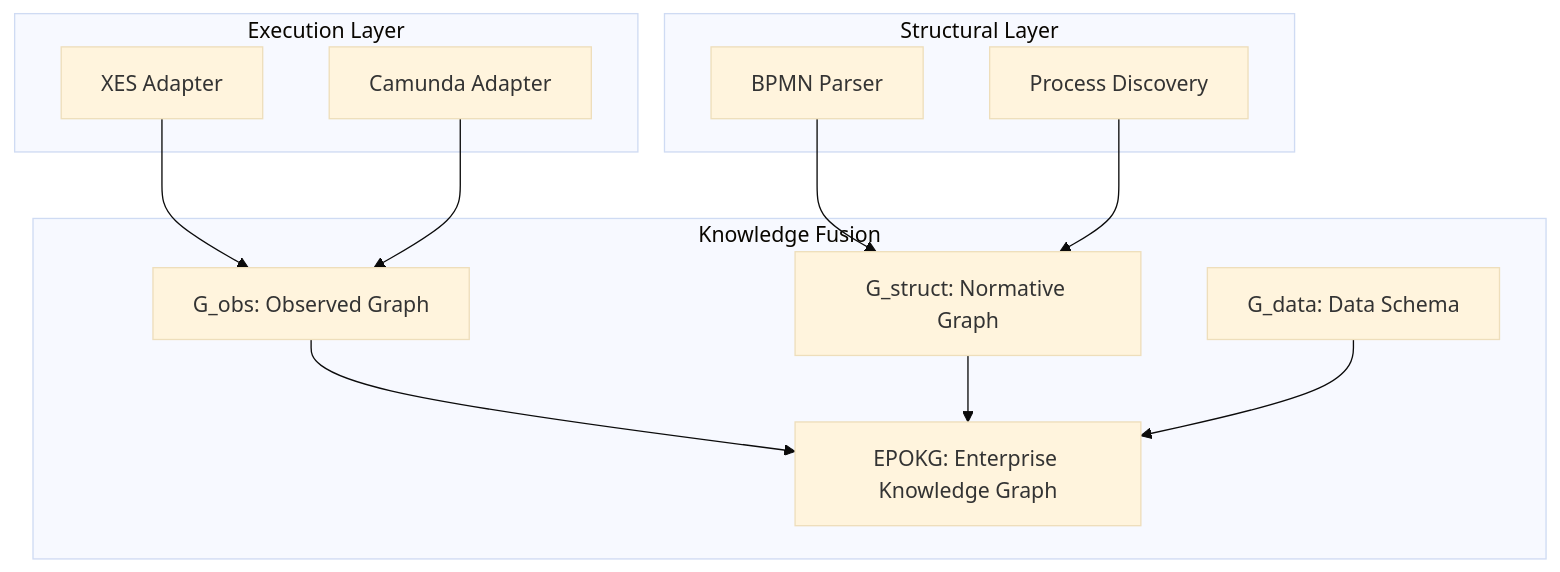
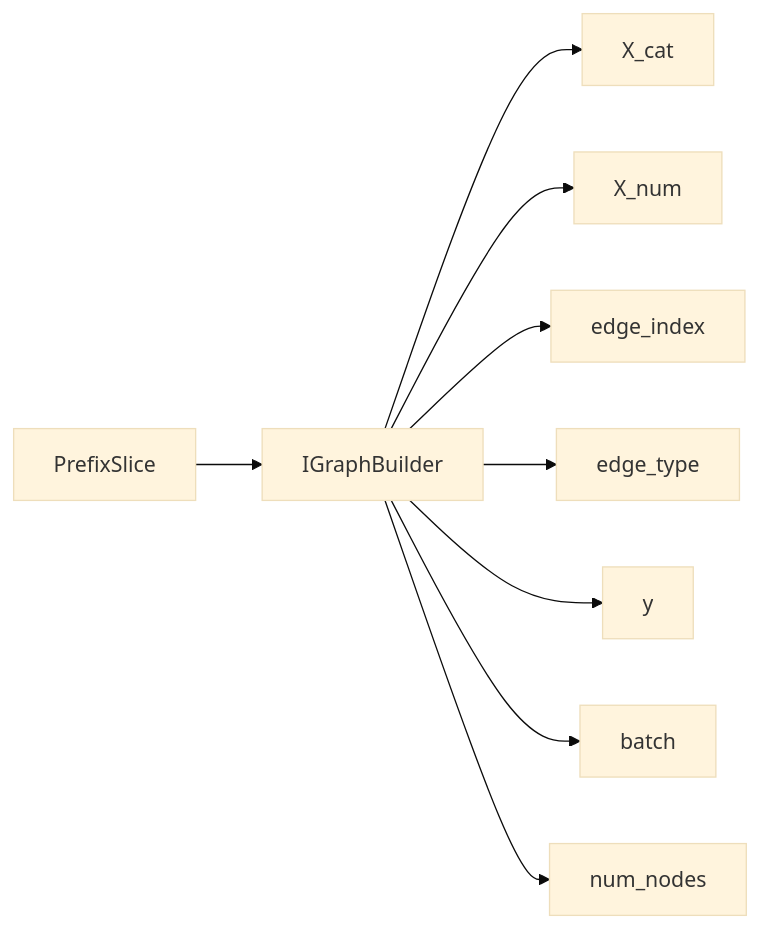
The third of 3 diagrams in DATA_MODEL_MVP1.MD (ghsrg/bpm_prediction), drawn with Mermaid (base theme) before and after one commit. The commit also changed other lines of this file and 20 other files, not shown here.

Commit message:
docs: restore and expand mermaid diagrams across MVP1 docs

````diff
--- a/DATA_MODEL_MVP1.MD
+++ b/DATA_MODEL_MVP1.MD
@@ -361,27 +197,11 @@
 ```mermaid
-flowchart TD
-    subgraph Execution Layer [Execution Layer]
-        XESExec[XES Adapter]
-        CamExec[Camunda Adapter]
-    end
-
-    subgraph Structural Layer [Structural Layer]
-        BPMN[BPMN Parser]
-        Discovery[Process Discovery]
-    end
-
-    subgraph Knowledge Integration [Knowledge Fusion]
-        Gobs[G_obs: Observed Graph]
-        Gstruct[G_struct: Normative Graph]
-        Gdata[G_data: Data Schema]
-        EPOKG[EPOKG: Enterprise Knowledge Graph]
-    end
-
-    XESExec --> Gobs
-    CamExec --> Gobs
-    BPMN --> Gstruct
-    Discovery --> Gstruct
-    Gobs --> EPOKG
-    Gstruct --> EPOKG
-    Gdata --> EPOKG
+flowchart LR
+    PS[PrefixSlice] --> GB[IGraphBuilder]
+    GB --> XC[X_cat]
+    GB --> XN[X_num]
+    GB --> EI[edge_index]
+    GB --> ET[edge_type]
+    GB --> Y[y]
+    GB --> B[batch]
+    GB --> N[num_nodes]
 ```
````
